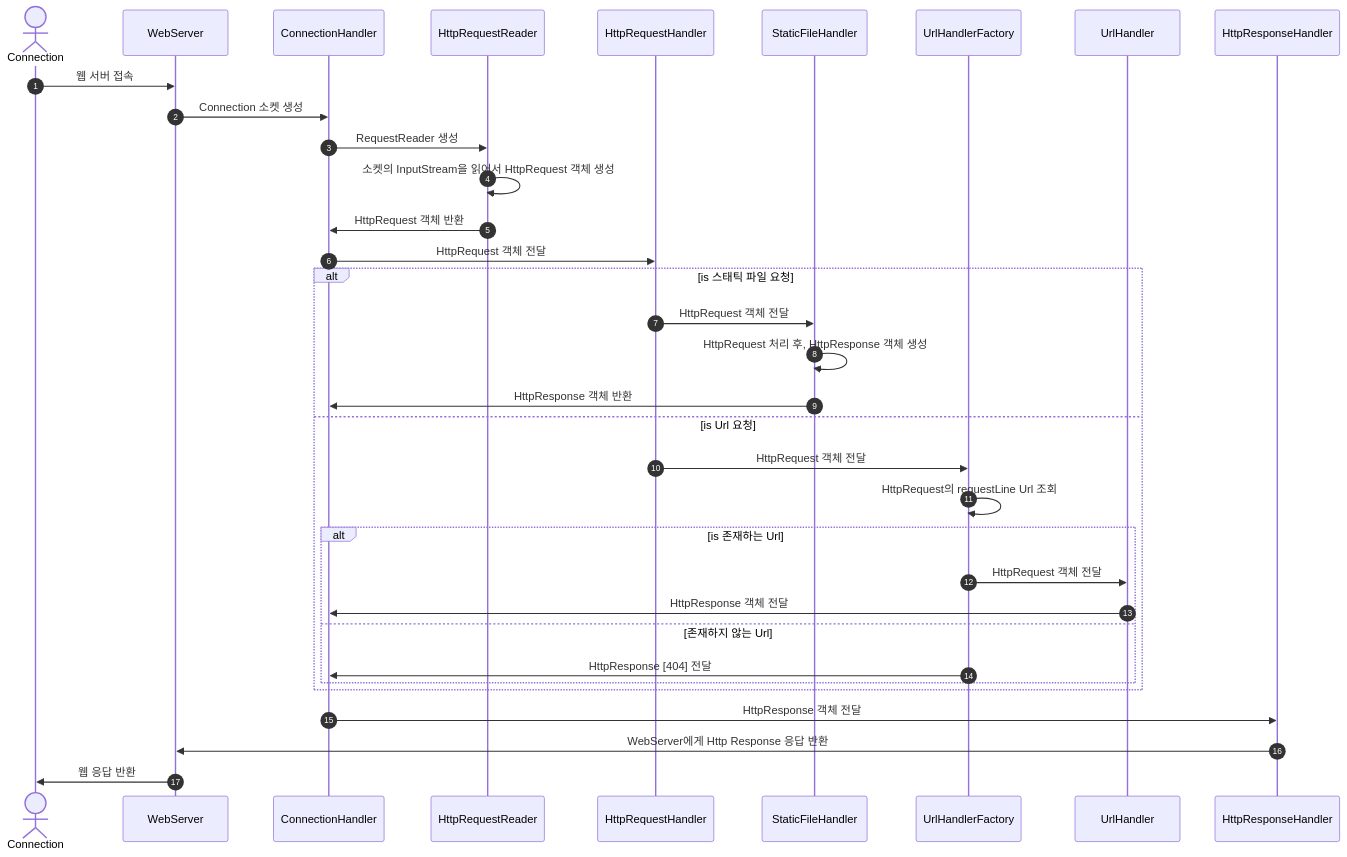
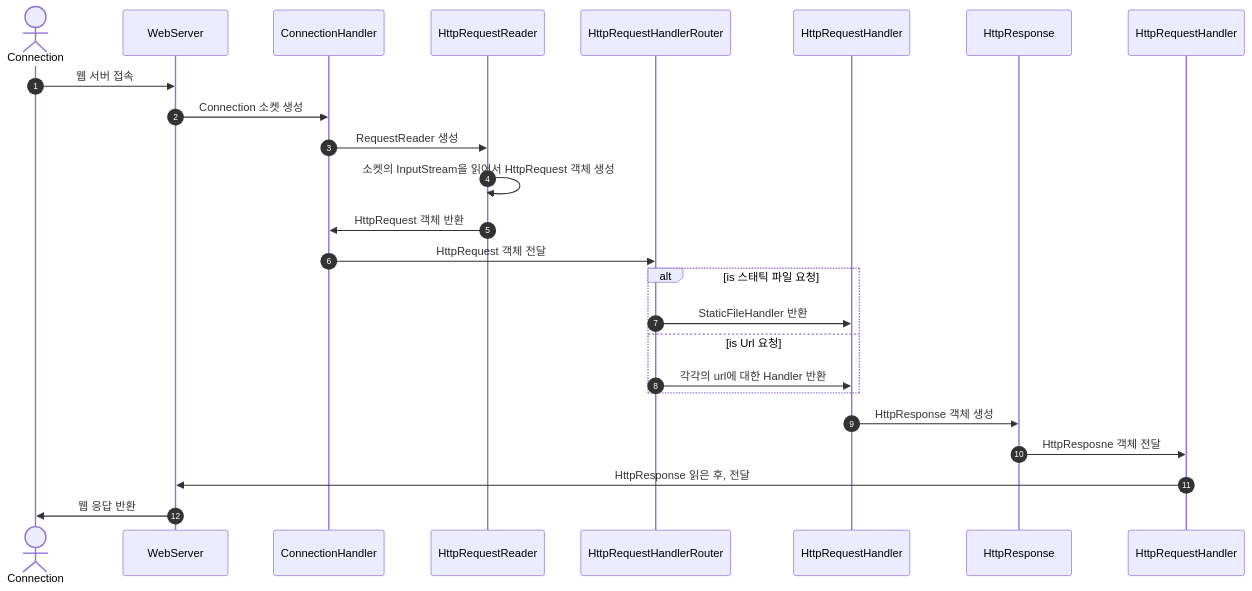
One commit to pjm2571/be-was-neon changed the diagram in README.md. Above: the diagram before and after it, drawn with Mermaid. The commit also changed other lines of this file, not shown here.

Commit message:
docs: step-6 README.md 파일 작성

````diff
--- a/README.md
+++ b/README.md
@@ -13,36 +13,27 @@
 ```mermaid
 sequenceDiagram
     autonumber
     actor A as Connection
     participant B as WebServer
     participant C as ConnectionHandler
     participant D as HttpRequestReader
-    participant E as HttpRequestHandler
-    participant F as StaticFileHandler
-    participant G as UrlHandlerFactory
-    participant H as UrlHandler
-    participant I as HttpResponseHandler
+    participant E as HttpRequestHandlerRouter
+    participant F as HttpRequestHandler
+    participant G as HttpResponse
+    participant H as HttpRequestHandler
     A ->> B : 웹 서버 접속
     B ->> C : Connection 소켓 생성
     C ->> D : RequestReader 생성
     D ->> D : 소켓의 InputStream을 읽어서 HttpRequest 객체 생성
     D ->> C : HttpRequest 객체 반환
     C ->> E : HttpRequest 객체 전달
     alt is 스태틱 파일 요청
-        E ->> F : HttpRequest 객체 전달
-        F ->> F : HttpRequest 처리 후, HttpResponse 객체 생성
-        F ->> C : HttpResponse 객체 반환
+        E ->> F : StaticFileHandler 반환
     else is Url 요청
-        E ->> G : HttpRequest 객체 전달
-        G ->> G : HttpRequest의 requestLine Url 조회
-        alt is 존재하는 Url
-            G ->> H : HttpRequest 객체 전달
-            H ->> C : HttpResponse 객체 전달
-        else 존재하지 않는 Url
-            G ->> C : HttpResponse [404] 전달
-        end
+        E ->> F : 각각의 url에 대한 Handler 반환
     end
-    C ->> I : HttpResponse 객체 전달
-    I ->> B : WebServer에게 Http Response 응답 반환
+    F ->> G : HttpResponse 객체 생성
+    G ->> H : HttpResposne 객체 전달
+    H ->> B : HttpResponse 읽은 후, 전달
     B ->> A : 웹 응답 반환
 ```
````
